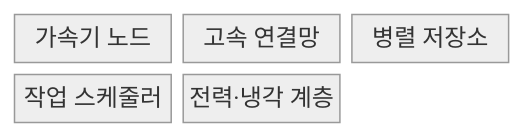
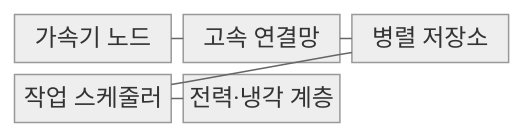
One commit to agnusdei1207/knowledge-base changed the first of 2 diagrams in src/content/docs/notes/08-latest-tech/138_ai_supercomputing.md. Above: the diagram before and after it, drawn with Mermaid (neutral theme). The commit also changed other lines of this file and 228 other files, not shown here.

````diff
--- a/src/content/docs/notes/08-latest-tech/138_ai_supercomputing.md
+++ b/src/content/docs/notes/08-latest-tech/138_ai_supercomputing.md
@@ -51,9 +51,13 @@
 ```mermaid
 block-beta
     columns 3
     N["가속기 노드"]
     F["고속 연결망"]
     S["병렬 저장소"]
     O["작업 스케줄러"]
     P["전력·냉각 계층"]
+    N --- F
+    F --- S
+    S --- O
+    O --- P
 ```
````
